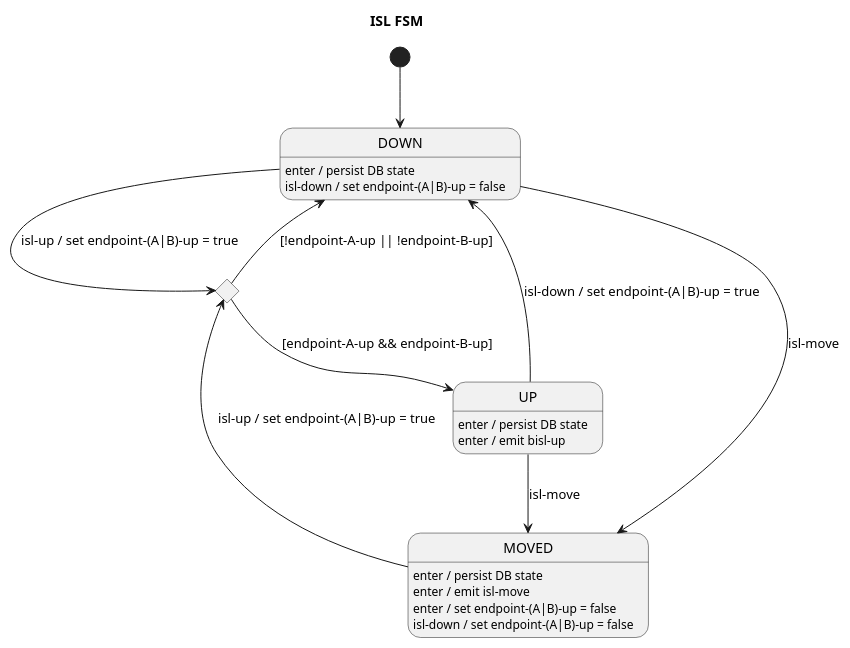
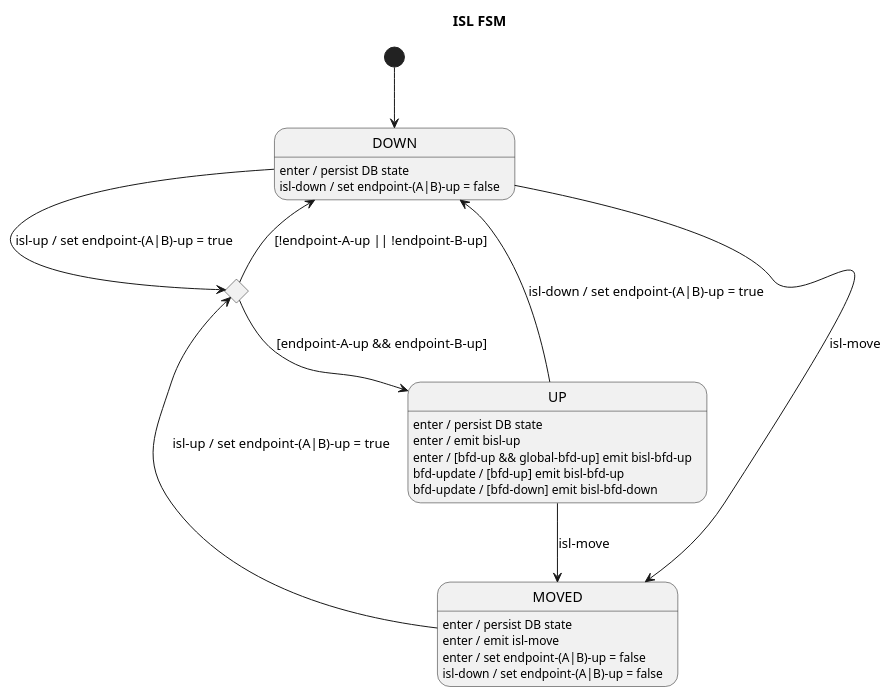
Before and after one commit to telstra/open-kilda: the diagram in docs/design/network-discovery/ISL-FSM.puml, drawn with PlantUML. The commit also changed 22 other files, not shown here.

```diff
--- a/docs/design/network-discovery/ISL-FSM.puml
+++ b/docs/design/network-discovery/ISL-FSM.puml
@@ -16,27 +16,30 @@
 @startuml
 title ISL FSM
 
 [*] --> DOWN
 
 state upAttempt <<choice>>
 
 DOWN --> upAttempt : isl-up / set endpoint-(A|B)-up = true
 DOWN --> MOVED : isl-move
 DOWN : enter / persist DB state
 DOWN : isl-down / set endpoint-(A|B)-up = false
 
 upAttempt --> UP : [endpoint-A-up && endpoint-B-up]
 upAttempt --> DOWN : [!endpoint-A-up || !endpoint-B-up]
 
 UP --> DOWN : isl-down / set endpoint-(A|B)-up = true
 UP --> MOVED : isl-move
 UP : enter / persist DB state
 UP : enter / emit bisl-up
+UP : enter / [bfd-up && global-bfd-up] emit bisl-bfd-up
+UP : bfd-update / [bfd-up] emit bisl-bfd-up
+UP : bfd-update / [bfd-down] emit bisl-bfd-down
 
 MOVED --> upAttempt : isl-up / set endpoint-(A|B)-up = true
 MOVED : enter / persist DB state
 MOVED : enter / emit isl-move
 MOVED : enter / set endpoint-(A|B)-up = false
 MOVED : isl-down / set endpoint-(A|B)-up = false
 
 @enduml
```
